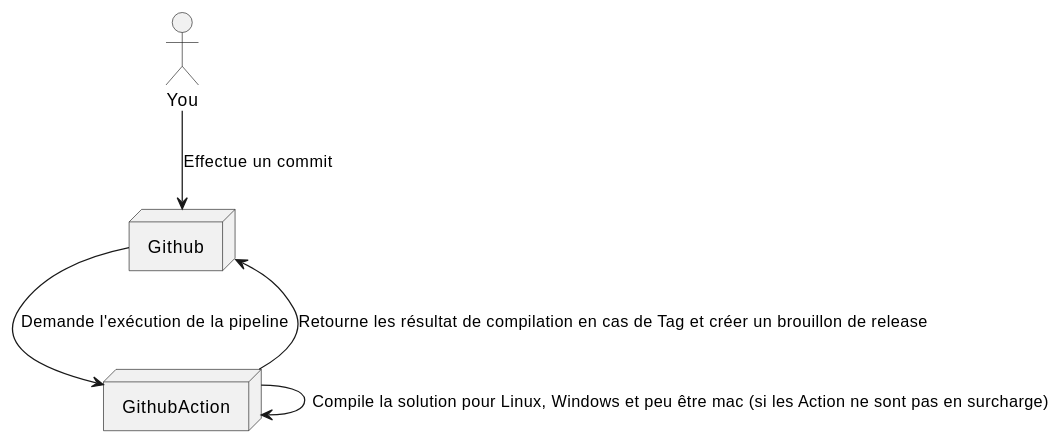
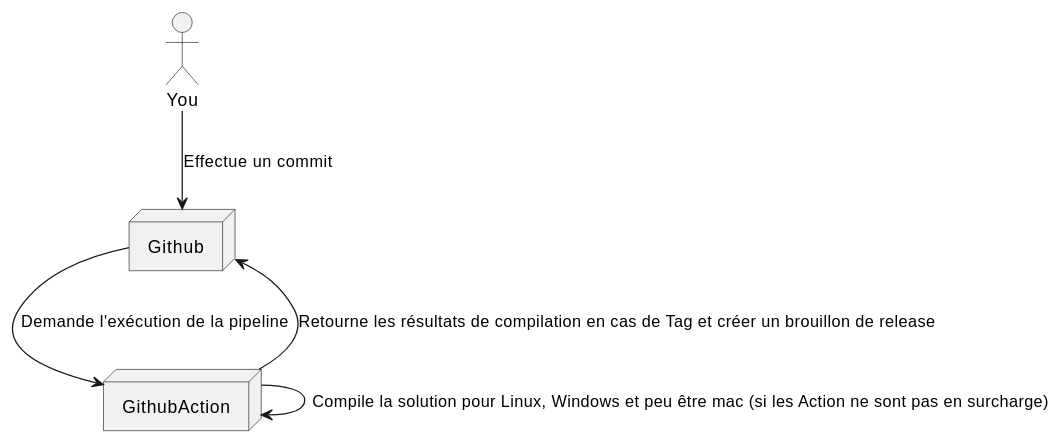
One commit to batleforc/UnlabeledProject changed the first of 2 diagrams in docs/StackTech/pipeline.mdx. Above: the diagram before and after it, drawn with PlantUML. The commit also changed other lines of this file, not shown here.

````diff
--- a/docs/StackTech/pipeline.mdx
+++ b/docs/StackTech/pipeline.mdx
@@ -23,9 +23,9 @@
 ```plantuml pipelinePrincipal
   actor You
   node GithubAction
   node Github
   You--> Github : Effectue un commit
   Github --> GithubAction : Demande l'exécution de la pipeline
   GithubAction --> GithubAction : Compile la solution pour Linux, Windows et peu être mac (si les Action ne sont pas en surcharge)
-  GithubAction --> Github : Retourne les résultat de compilation en cas de Tag et créer un brouillon de release
+  GithubAction --> Github : Retourne les résultats de compilation en cas de Tag et créer un brouillon de release
 ```
````
